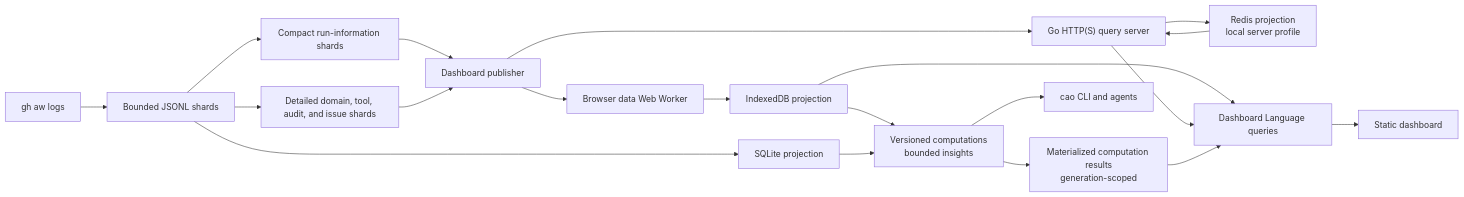
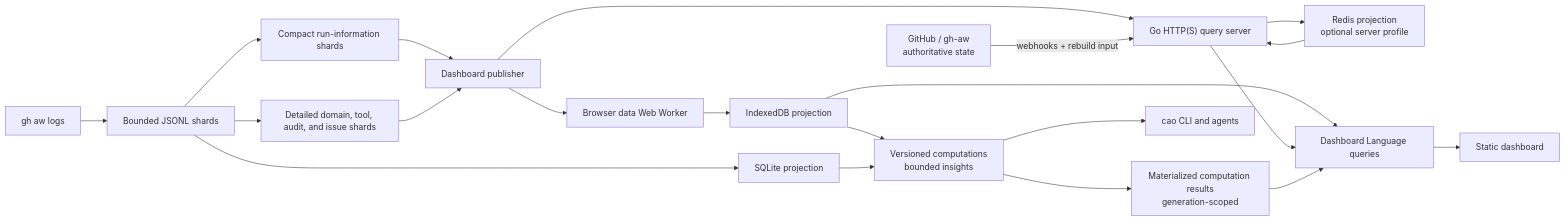
The second of 2 diagrams in ARCHITECTURE.md (elefthei/gh-aw-cao), drawn with Mermaid before and after one commit. The commit also changed other lines of this file and 33 other files, not shown here.

````diff
--- a/ARCHITECTURE.md
+++ b/ARCHITECTURE.md
@@ -70,33 +70,35 @@
 ```mermaid
 flowchart LR
     Logs["gh aw logs"]
     Shards["Bounded JSONL shards"]
     Runs["Compact run-information shards"]
     Records["Detailed domain, tool, audit, and issue shards"]
     SQLite["SQLite projection"]
     Publisher["Dashboard publisher"]
     Worker["Browser data Web Worker"]
     IndexedDB["IndexedDB projection"]
-    Redis["Redis projection<br/>local server profile"]
+    Redis["Redis projection<br/>optional server profile"]
     Query["Dashboard Language queries"]
     GoServer["Go HTTP(S) query server"]
+    GitHub["GitHub / gh-aw<br/>authoritative state"]
     Compute["Versioned computations<br/>bounded insights"]
     Results["Materialized computation results<br/>generation-scoped"]
     UI["Static dashboard"]
     CLI["cao CLI and agents"]
 
     Logs --> Shards
     Shards --> SQLite
     Shards --> Runs
     Shards --> Records
     Runs --> Publisher
     Records --> Publisher --> Worker
     Worker --> IndexedDB
     IndexedDB --> Query
     Publisher --> GoServer --> Redis
+    GitHub -->|"webhooks + rebuild input"| GoServer
     Redis --> GoServer --> Query
     IndexedDB --> Compute --> Results --> Query
     SQLite --> Compute
     Query --> UI
     Compute --> CLI
 ```
````
